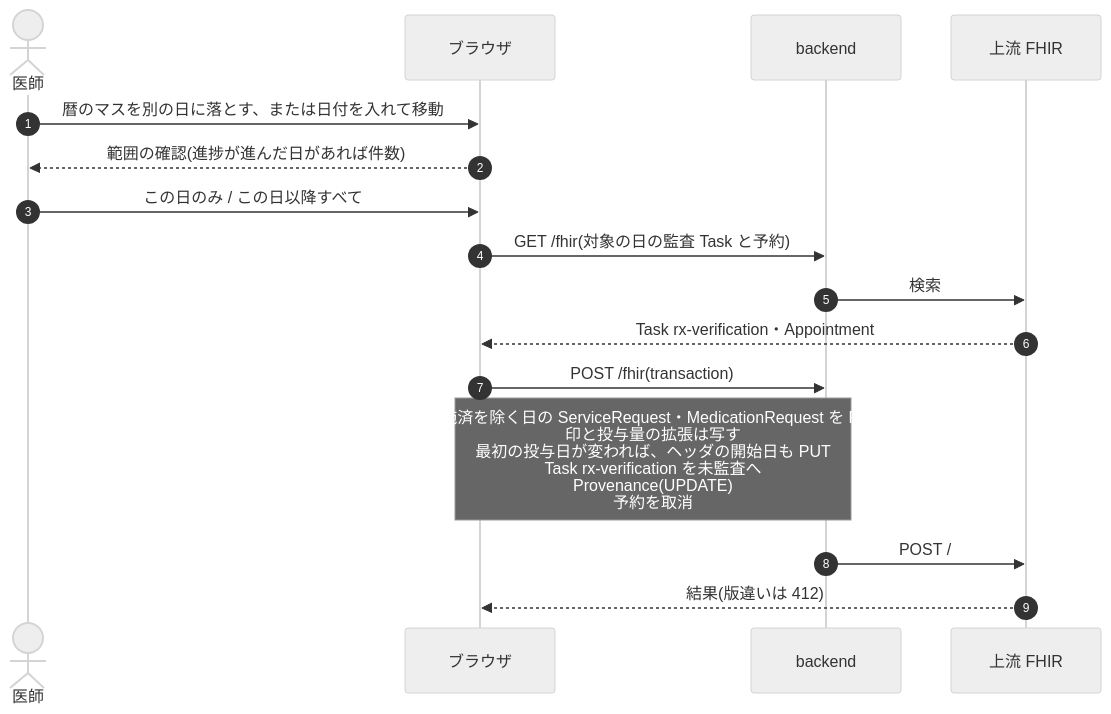
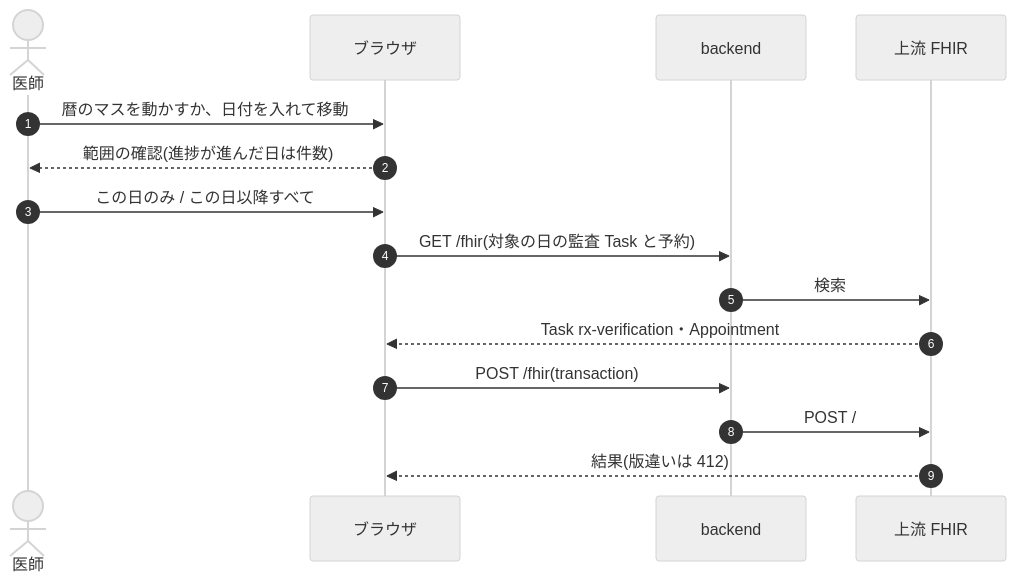
The fifth of 10 diagrams in docs/dev/chemotherapy.md (ysnr-dev/fhir-client-docs), drawn with Mermaid (neutral theme) before and after one commit. The commit also changed other lines of this file and 43 other files, not shown here.

Commit message:
docs: 業務フローとシーケンス図を写し直し

````diff
--- a/docs/dev/chemotherapy.md
+++ b/docs/dev/chemotherapy.md
@@ -140,19 +220,18 @@
 ```mermaid
 sequenceDiagram
   autonumber
   actor Dr as 医師
   participant UI as ブラウザ
   participant BE as backend
   participant FHIR as 上流 FHIR
 
-  Dr->>UI: 暦のマスを別の日に落とす、または日付を入れて移動
-  UI-->>Dr: 範囲の確認(進捗が進んだ日があれば件数)
+  Dr->>UI: 暦のマスを動かすか、日付を入れて移動
+  UI-->>Dr: 範囲の確認(進捗が進んだ日は件数)
   Dr->>UI: この日のみ / この日以降すべて
   UI->>BE: GET /fhir(対象の日の監査 Task と予約)
   BE->>FHIR: 検索
   FHIR-->>UI: Task rx-verification・Appointment
   UI->>BE: POST /fhir(transaction)
-  Note over UI,BE: 実施済を除く日の ServiceRequest・MedicationRequest を PUT<br/>印と投与量の拡張は写す<br/>最初の投与日が変われば、ヘッダの開始日も PUT<br/>Task rx-verification を未監査へ<br/>Provenance(UPDATE)<br/>予約を取消
   BE->>FHIR: POST /
   FHIR-->>UI: 結果(版違いは 412)
 ```
````
